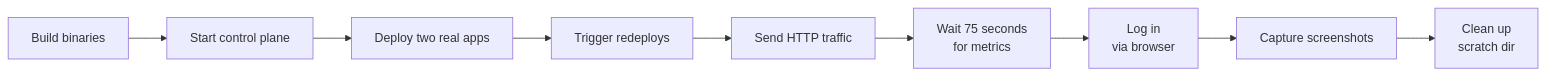
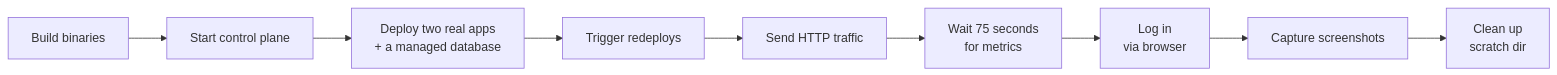
Before and after one commit to glincker/levelrail: the diagram in docs/screenshots.md, drawn with Mermaid. The commit also changed other lines of this file and 5 other files, not shown here.

````diff
--- a/docs/screenshots.md
+++ b/docs/screenshots.md
@@ -29,11 +29,11 @@
 ```mermaid
 flowchart LR
   A["Build binaries"] --> B["Start control plane"]
-  B --> C["Deploy two real apps"]
+  B --> C["Deploy two real apps<br/>+ a managed database"]
   C --> D["Trigger redeploys"]
   D --> E["Send HTTP traffic"]
   E --> F["Wait 75 seconds<br/>for metrics"]
   F --> G["Log in<br/>via browser"]
   G --> H["Capture screenshots"]
   H --> I["Clean up<br/>scratch dir"]
 ```
````
